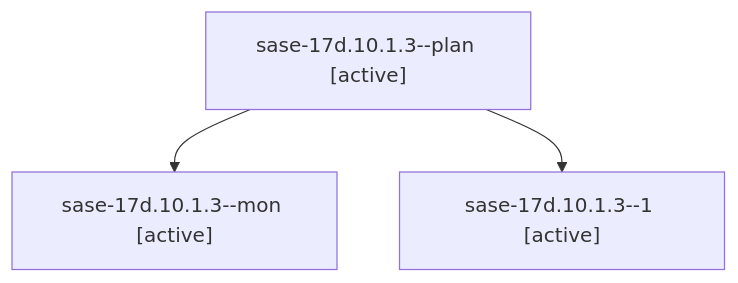
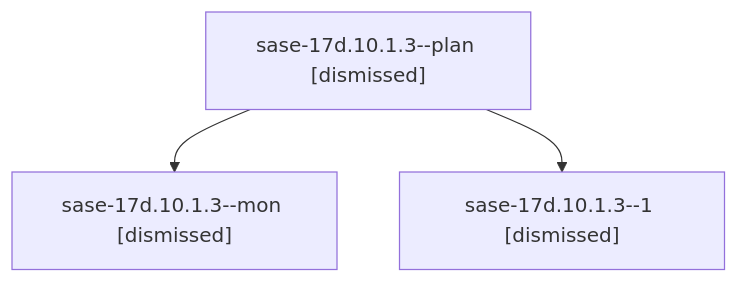
The diagram in sessions/bbugyi200.athena.sase-17d.10.1.3.md (sase-org/sase--agents), drawn with Mermaid before and after one commit. The commit also changed other lines of this file and 142 other files, not shown here.

````diff
--- a/sessions/bbugyi200.athena.sase-17d.10.1.3.md
+++ b/sessions/bbugyi200.athena.sase-17d.10.1.3.md
@@ -9,8 +9,8 @@
 ```mermaid
 flowchart TD
-  n0["sase-17d.10.1.3--plan [active]"]
-  n1["sase-17d.10.1.3--mon [active]"]
+  n0["sase-17d.10.1.3--plan [dismissed]"]
+  n1["sase-17d.10.1.3--mon [dismissed]"]
   n0 --> n1
-  n2["sase-17d.10.1.3--1 [active]"]
+  n2["sase-17d.10.1.3--1 [dismissed]"]
   n0 --> n2
 ```
````
